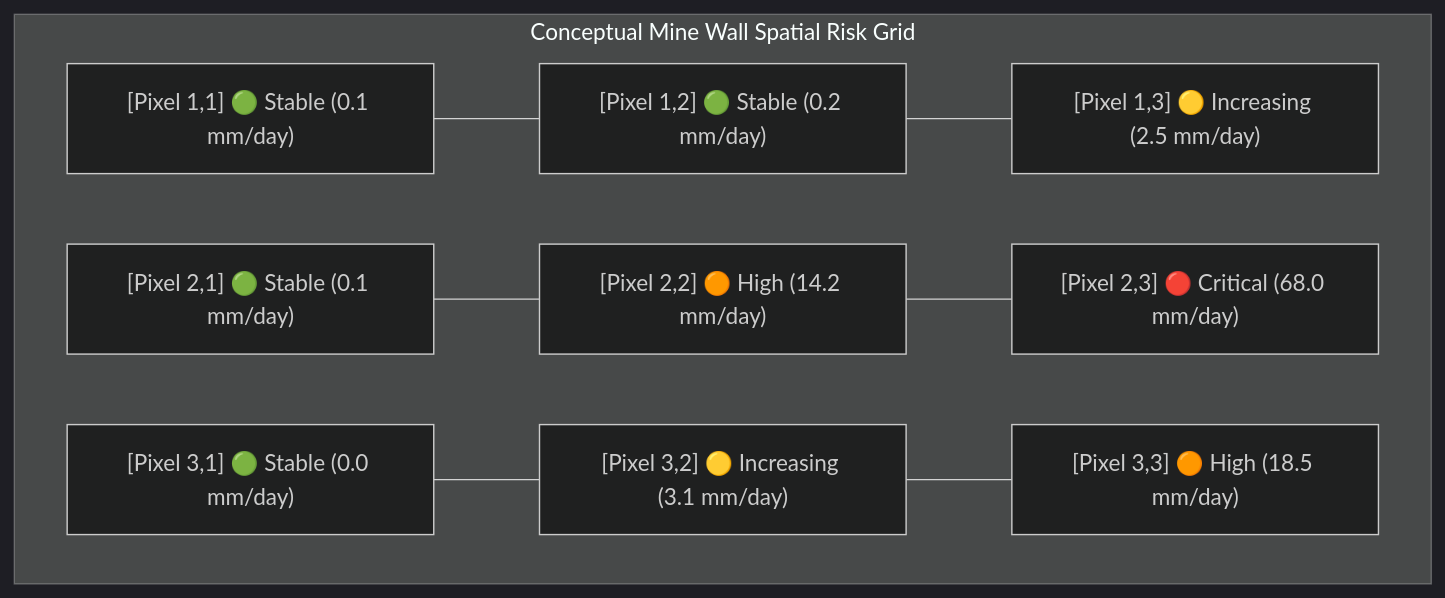
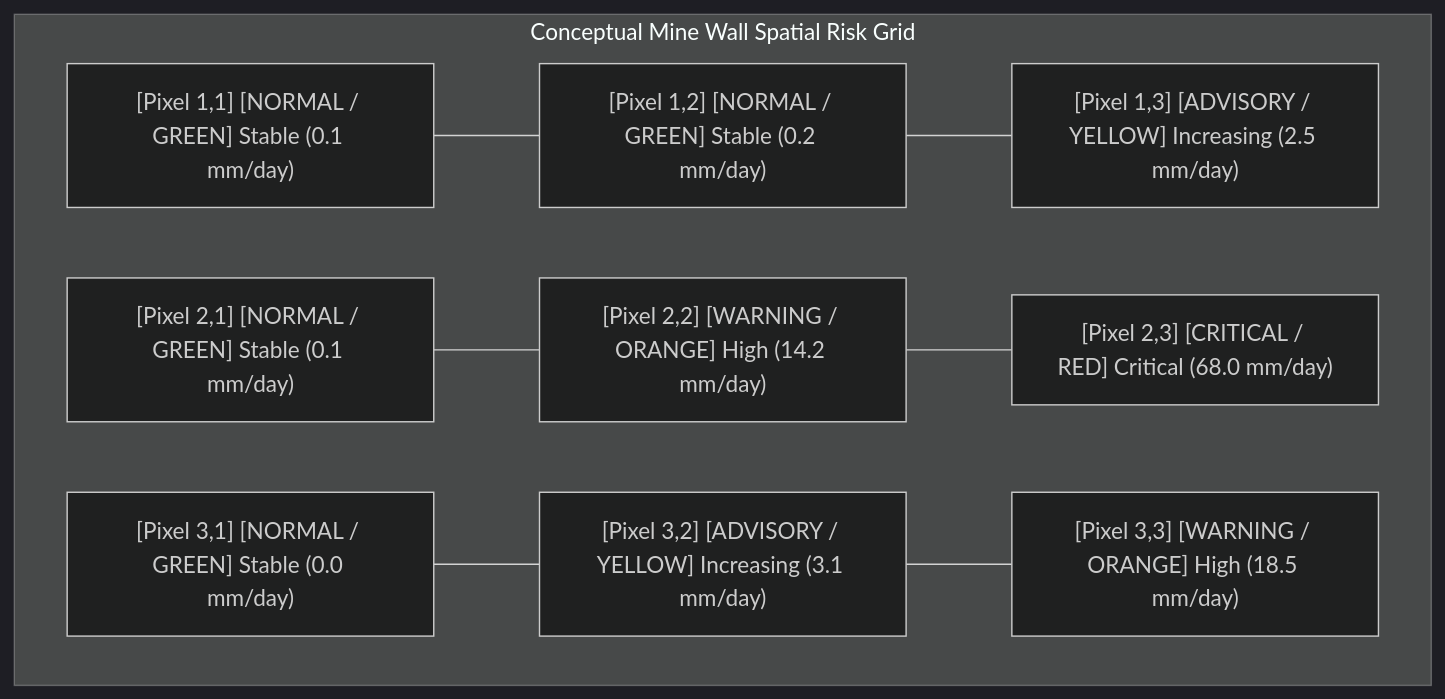
The third of 12 diagrams in docs/01_Slope_Stability_Radar_SSR.md (angelverman2021-a11y/Report), drawn with Mermaid (dark theme) before and after one commit. The commit also changed other lines of this file and 32 other files, not shown here.

````diff
--- a/docs/01_Slope_Stability_Radar_SSR.md
+++ b/docs/01_Slope_Stability_Radar_SSR.md
@@ -105,8 +105,8 @@
 ```mermaid
 graph TD
-    subgraph Conceptual Mine Wall Spatial Risk Grid
-        Z1["[Pixel 1,1] 🟢 Stable (0.1 mm/day)"] --- Z2["[Pixel 1,2] 🟢 Stable (0.2 mm/day)"] --- Z3["[Pixel 1,3] 🟡 Increasing (2.5 mm/day)"]
-        Z4["[Pixel 2,1] 🟢 Stable (0.1 mm/day)"] --- Z5["[Pixel 2,2] 🟠 High (14.2 mm/day)"] --- Z6["[Pixel 2,3] 🔴 Critical (68.0 mm/day)"]
-        Z7["[Pixel 3,1] 🟢 Stable (0.0 mm/day)"] --- Z8["[Pixel 3,2] 🟡 Increasing (3.1 mm/day)"] --- Z9["[Pixel 3,3] 🟠 High (18.5 mm/day)"]
-    end
+ subgraph Conceptual Mine Wall Spatial Risk Grid
+ Z1["[Pixel 1,1] [NORMAL / GREEN] Stable (0.1 mm/day)"] --- Z2["[Pixel 1,2] [NORMAL / GREEN] Stable (0.2 mm/day)"] --- Z3["[Pixel 1,3] [ADVISORY / YELLOW] Increasing (2.5 mm/day)"]
+ Z4["[Pixel 2,1] [NORMAL / GREEN] Stable (0.1 mm/day)"] --- Z5["[Pixel 2,2] [WARNING / ORANGE] High (14.2 mm/day)"] --- Z6["[Pixel 2,3] [CRITICAL / RED] Critical (68.0 mm/day)"]
+ Z7["[Pixel 3,1] [NORMAL / GREEN] Stable (0.0 mm/day)"] --- Z8["[Pixel 3,2] [ADVISORY / YELLOW] Increasing (3.1 mm/day)"] --- Z9["[Pixel 3,3] [WARNING / ORANGE] High (18.5 mm/day)"]
+ end
 ```
````
